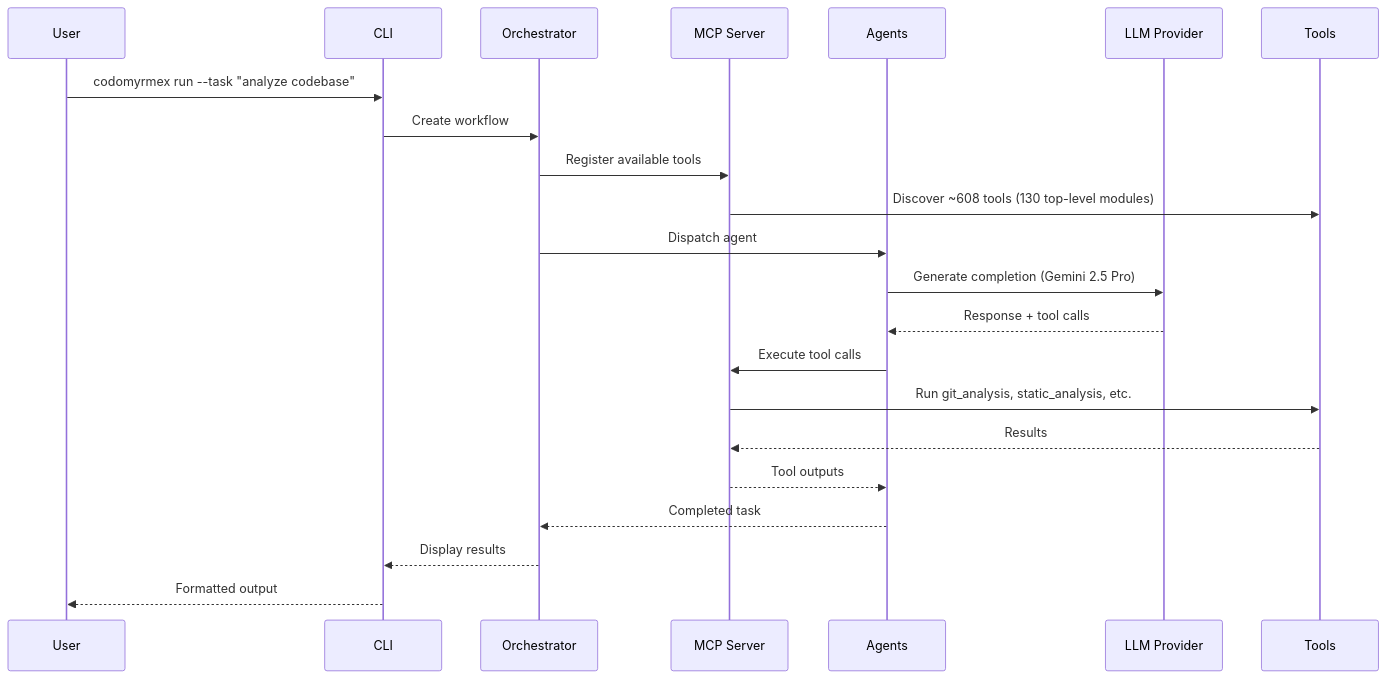
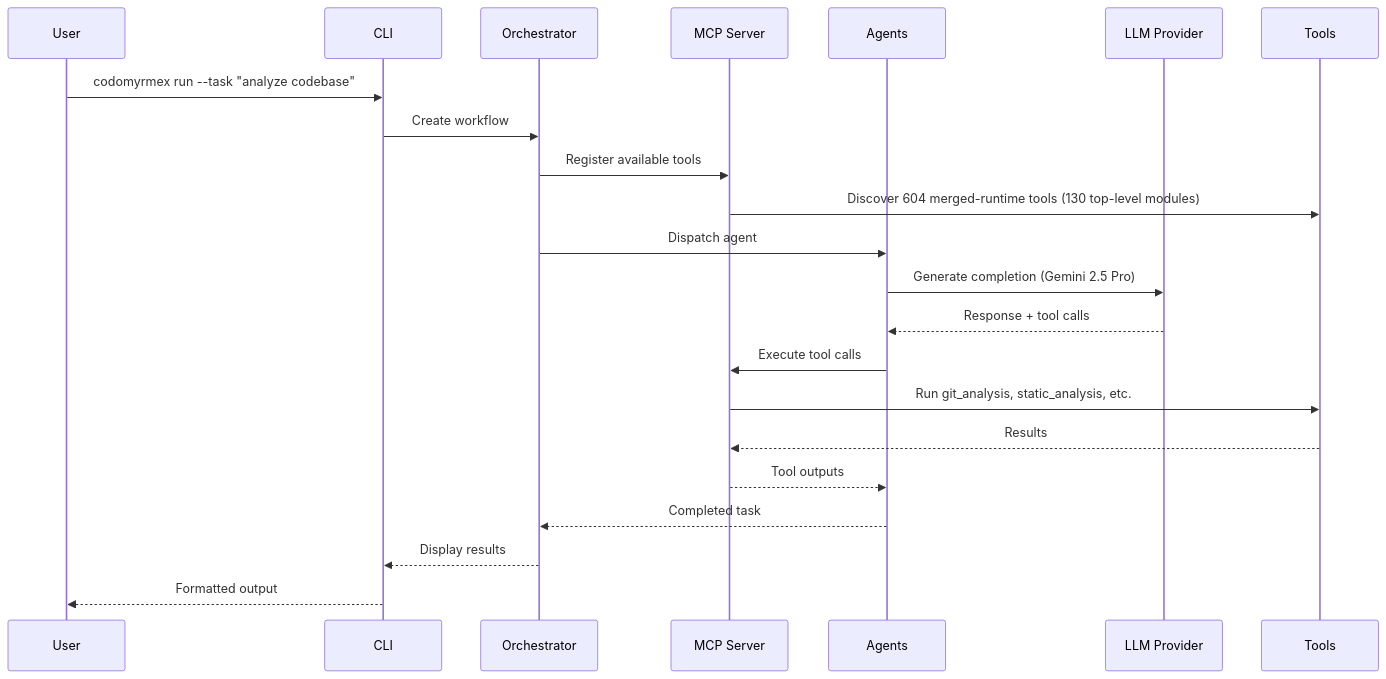
Before and after one commit to docxology/codomyrmex: the third of 7 diagrams in .github/README.md, drawn with Mermaid. The commit also changed other lines of this file and 1001 other files, not shown here.

````diff
--- a/.github/README.md
+++ b/.github/README.md
@@ -480,25 +480,25 @@
 ```mermaid
 sequenceDiagram
     participant User
     participant CLI
     participant Orchestrator
     participant MCP as MCP Server
     participant Agents
     participant LLM as LLM Provider
     participant Tools
 
     User->>CLI: codomyrmex run --task "analyze codebase"
     CLI->>Orchestrator: Create workflow
     Orchestrator->>MCP: Register available tools
-    MCP->>Tools: Discover ~608 tools (130 top-level modules)
+    MCP->>Tools: Discover 604 merged-runtime tools (130 top-level modules)
     Orchestrator->>Agents: Dispatch agent
     Agents->>LLM: Generate completion (Gemini 2.5 Pro)
     LLM-->>Agents: Response + tool calls
     Agents->>MCP: Execute tool calls
     MCP->>Tools: Run git_analysis, static_analysis, etc.
     Tools-->>MCP: Results
     MCP-->>Agents: Tool outputs
     Agents-->>Orchestrator: Completed task
     Orchestrator-->>CLI: Display results
     CLI-->>User: Formatted output
 ```
````
